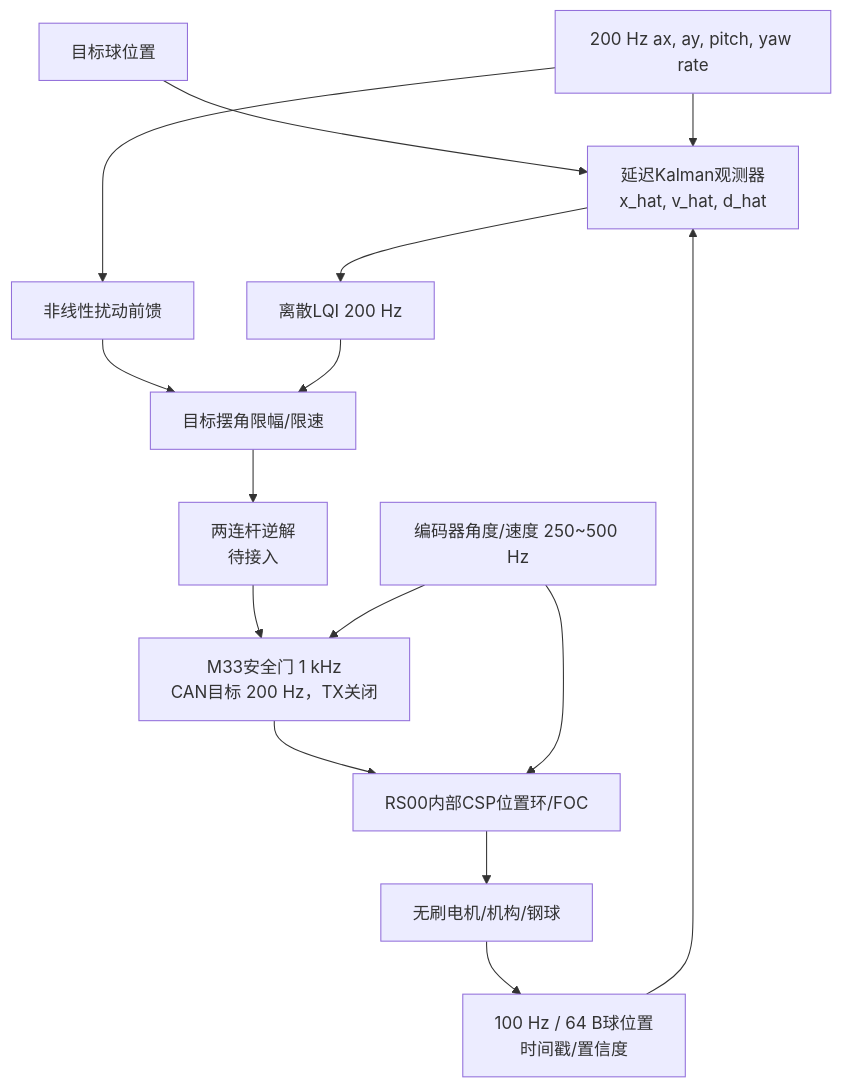
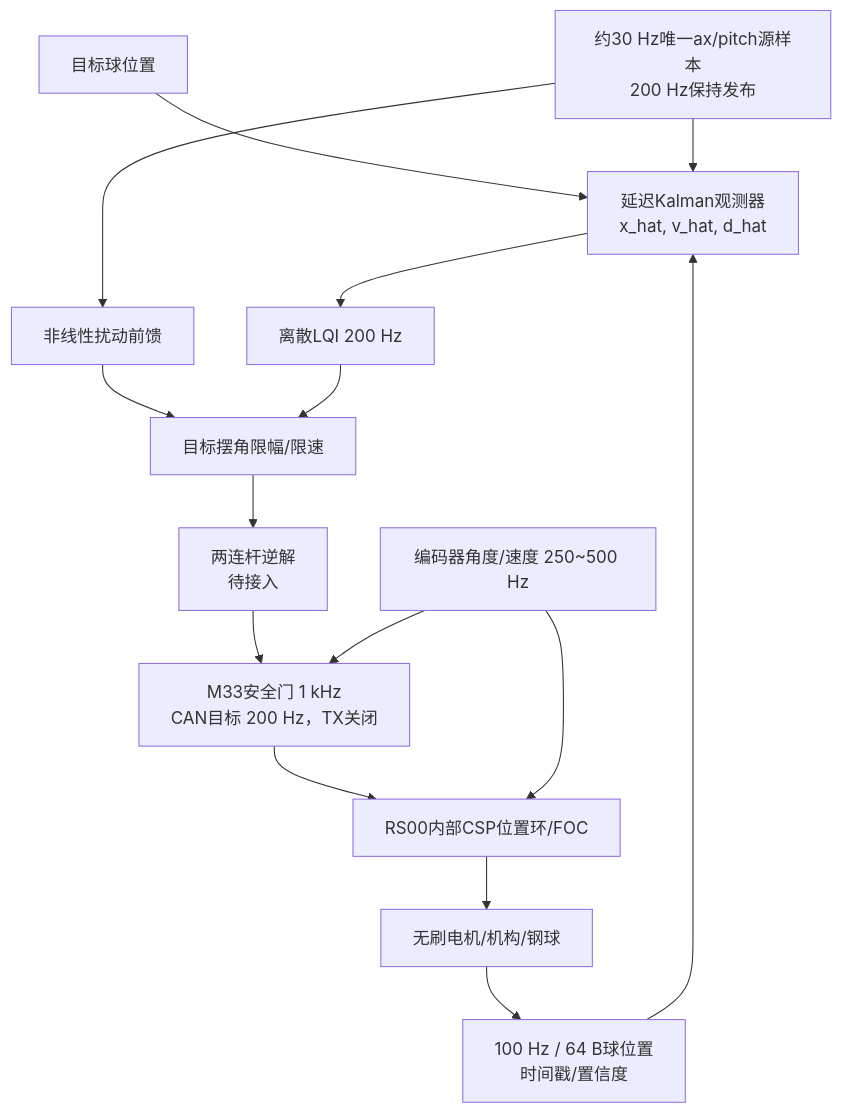
Before and after one commit to HalloYang06/2026_TI: the diagram in docs/architecture/system-overview.md, drawn with Mermaid. The commit also changed other lines of this file and 24 other files, not shown here.

````diff
--- a/docs/architecture/system-overview.md
+++ b/docs/architecture/system-overview.md
@@ -59,17 +63,17 @@
 ```mermaid
 flowchart TD
     R["目标球位置"] --> O["延迟Kalman观测器<br/>x_hat, v_hat, d_hat"]
     V["100 Hz / 64 B球位置<br/>时间戳/置信度"] --> O
-    I["200 Hz ax, ay, pitch, yaw rate"] --> O
+    I["约30 Hz唯一ax/pitch源样本<br/>200 Hz保持发布"] --> O
     I --> F["非线性扰动前馈"]
     O --> L["离散LQI 200 Hz"]
     F --> S["目标摆角限幅/限速"]
     L --> S
     S --> K["两连杆逆解<br/>待接入"]
     K --> G["M33安全门 1 kHz<br/>CAN目标 200 Hz，TX关闭"]
     G --> A["RS00内部CSP位置环/FOC"]
     E["编码器角度/速度 250~500 Hz"] --> G
     E --> A
     A --> M["无刷电机/机构/钢球"]
     M --> V
 ```
````
